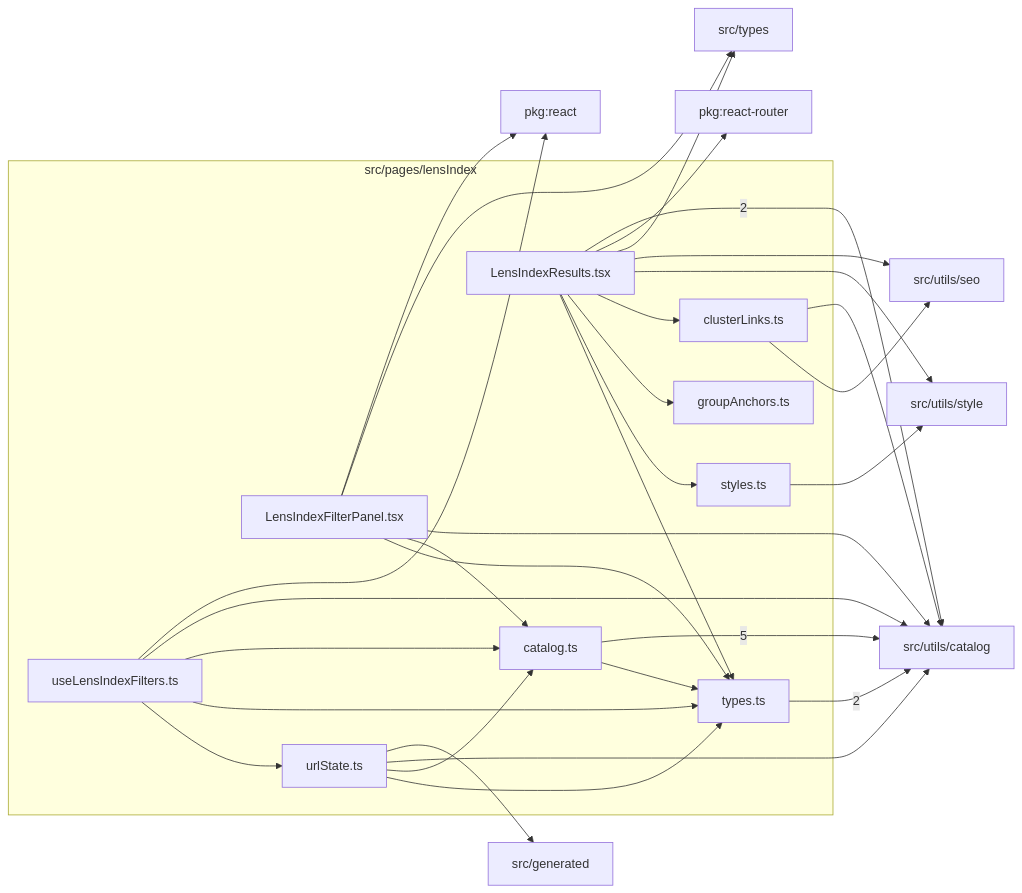
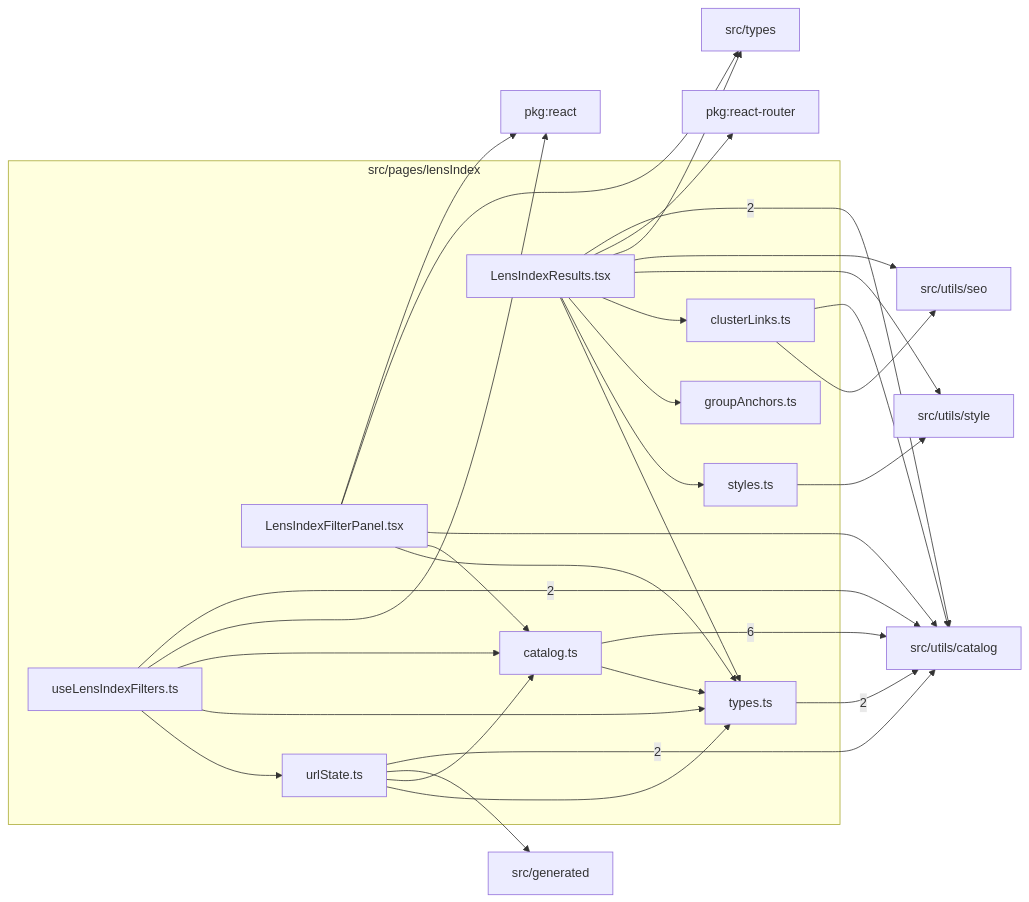
Before and after one commit to ronbuening/LensVisualizer: the diagram in src/pages/lensIndex/readme.md, drawn with Mermaid. The commit also changed other lines of this file and 23 other files, not shown here.

````diff
--- a/src/pages/lensIndex/readme.md
+++ b/src/pages/lensIndex/readme.md
@@ -9,50 +9,50 @@
 ```mermaid
 flowchart LR
   subgraph n_src_pages_lensIndex["src/pages/lensIndex"]
     n_src_pages_lensIndex_src_pages_lensIndex_catalog_ts["catalog.ts"]
     n_src_pages_lensIndex_src_pages_lensIndex_clusterLinks_ts["clusterLinks.ts"]
     n_src_pages_lensIndex_src_pages_lensIndex_groupAnchors_ts["groupAnchors.ts"]
     n_src_pages_lensIndex_src_pages_lensIndex_LensIndexFilterPanel_tsx["LensIndexFilterPanel.tsx"]
     n_src_pages_lensIndex_src_pages_lensIndex_LensIndexResults_tsx["LensIndexResults.tsx"]
     n_src_pages_lensIndex_src_pages_lensIndex_styles_ts["styles.ts"]
     n_src_pages_lensIndex_src_pages_lensIndex_types_ts["types.ts"]
     n_src_pages_lensIndex_src_pages_lensIndex_urlState_ts["urlState.ts"]
     n_src_pages_lensIndex_src_pages_lensIndex_useLensIndexFilters_ts["useLensIndexFilters.ts"]
   end
   n_external_src_utils_catalog["src/utils/catalog"]
   n_external_pkg_react["pkg:react"]
   n_external_pkg_react_router["pkg:react-router"]
   n_external_src_generated["src/generated"]
   n_external_src_types["src/types"]
   n_external_src_utils_seo["src/utils/seo"]
   n_external_src_utils_style["src/utils/style"]
-  n_src_pages_lensIndex_src_pages_lensIndex_catalog_ts --> |5| n_external_src_utils_catalog
+  n_src_pages_lensIndex_src_pages_lensIndex_catalog_ts --> |6| n_external_src_utils_catalog
   n_src_pages_lensIndex_src_pages_lensIndex_LensIndexResults_tsx --> |2| n_external_src_utils_catalog
   n_src_pages_lensIndex_src_pages_lensIndex_types_ts --> |2| n_external_src_utils_catalog
+  n_src_pages_lensIndex_src_pages_lensIndex_urlState_ts --> |2| n_external_src_utils_catalog
+  n_src_pages_lensIndex_src_pages_lensIndex_useLensIndexFilters_ts --> |2| n_external_src_utils_catalog
   n_src_pages_lensIndex_src_pages_lensIndex_LensIndexFilterPanel_tsx --> n_external_pkg_react
   n_src_pages_lensIndex_src_pages_lensIndex_useLensIndexFilters_ts --> n_external_pkg_react
   n_src_pages_lensIndex_src_pages_lensIndex_LensIndexResults_tsx --> n_external_pkg_react_router
   n_src_pages_lensIndex_src_pages_lensIndex_urlState_ts --> n_external_src_generated
   n_src_pages_lensIndex_src_pages_lensIndex_LensIndexFilterPanel_tsx --> n_external_src_types
   n_src_pages_lensIndex_src_pages_lensIndex_LensIndexResults_tsx --> n_external_src_types
   n_src_pages_lensIndex_src_pages_lensIndex_clusterLinks_ts --> n_external_src_utils_catalog
   n_src_pages_lensIndex_src_pages_lensIndex_LensIndexFilterPanel_tsx --> n_external_src_utils_catalog
-  n_src_pages_lensIndex_src_pages_lensIndex_urlState_ts --> n_external_src_utils_catalog
-  n_src_pages_lensIndex_src_pages_lensIndex_useLensIndexFilters_ts --> n_external_src_utils_catalog
   n_src_pages_lensIndex_src_pages_lensIndex_clusterLinks_ts --> n_external_src_utils_seo
   n_src_pages_lensIndex_src_pages_lensIndex_LensIndexResults_tsx --> n_external_src_utils_seo
   n_src_pages_lensIndex_src_pages_lensIndex_LensIndexResults_tsx --> n_external_src_utils_style
   n_src_pages_lensIndex_src_pages_lensIndex_styles_ts --> n_external_src_utils_style
   n_src_pages_lensIndex_src_pages_lensIndex_LensIndexFilterPanel_tsx --> n_src_pages_lensIndex_src_pages_lensIndex_catalog_ts
   n_src_pages_lensIndex_src_pages_lensIndex_urlState_ts --> n_src_pages_lensIndex_src_pages_lensIndex_catalog_ts
   n_src_pages_lensIndex_src_pages_lensIndex_useLensIndexFilters_ts --> n_src_pages_lensIndex_src_pages_lensIndex_catalog_ts
   n_src_pages_lensIndex_src_pages_lensIndex_LensIndexResults_tsx --> n_src_pages_lensIndex_src_pages_lensIndex_clusterLinks_ts
   n_src_pages_lensIndex_src_pages_lensIndex_LensIndexResults_tsx --> n_src_pages_lensIndex_src_pages_lensIndex_groupAnchors_ts
   n_src_pages_lensIndex_src_pages_lensIndex_LensIndexResults_tsx --> n_src_pages_lensIndex_src_pages_lensIndex_styles_ts
   n_src_pages_lensIndex_src_pages_lensIndex_catalog_ts --> n_src_pages_lensIndex_src_pages_lensIndex_types_ts
   n_src_pages_lensIndex_src_pages_lensIndex_LensIndexFilterPanel_tsx --> n_src_pages_lensIndex_src_pages_lensIndex_types_ts
   n_src_pages_lensIndex_src_pages_lensIndex_LensIndexResults_tsx --> n_src_pages_lensIndex_src_pages_lensIndex_types_ts
   n_src_pages_lensIndex_src_pages_lensIndex_urlState_ts --> n_src_pages_lensIndex_src_pages_lensIndex_types_ts
   n_src_pages_lensIndex_src_pages_lensIndex_useLensIndexFilters_ts --> n_src_pages_lensIndex_src_pages_lensIndex_types_ts
   n_src_pages_lensIndex_src_pages_lensIndex_useLensIndexFilters_ts --> n_src_pages_lensIndex_src_pages_lensIndex_urlState_ts
 ```
````
